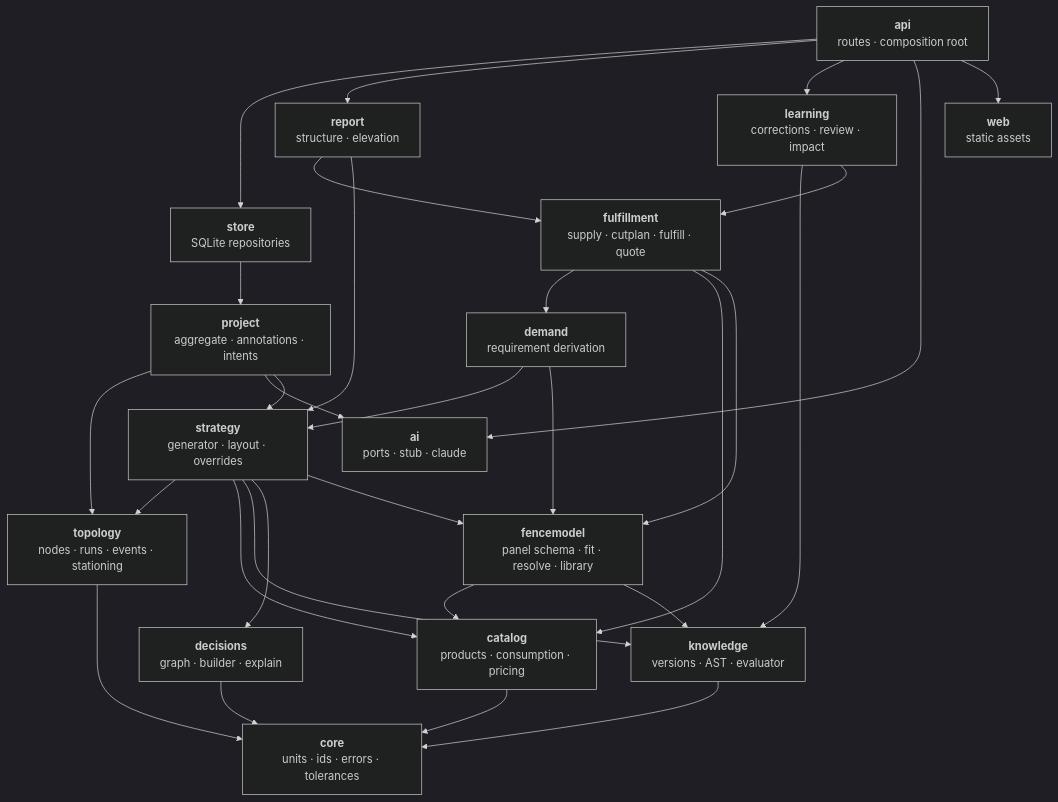
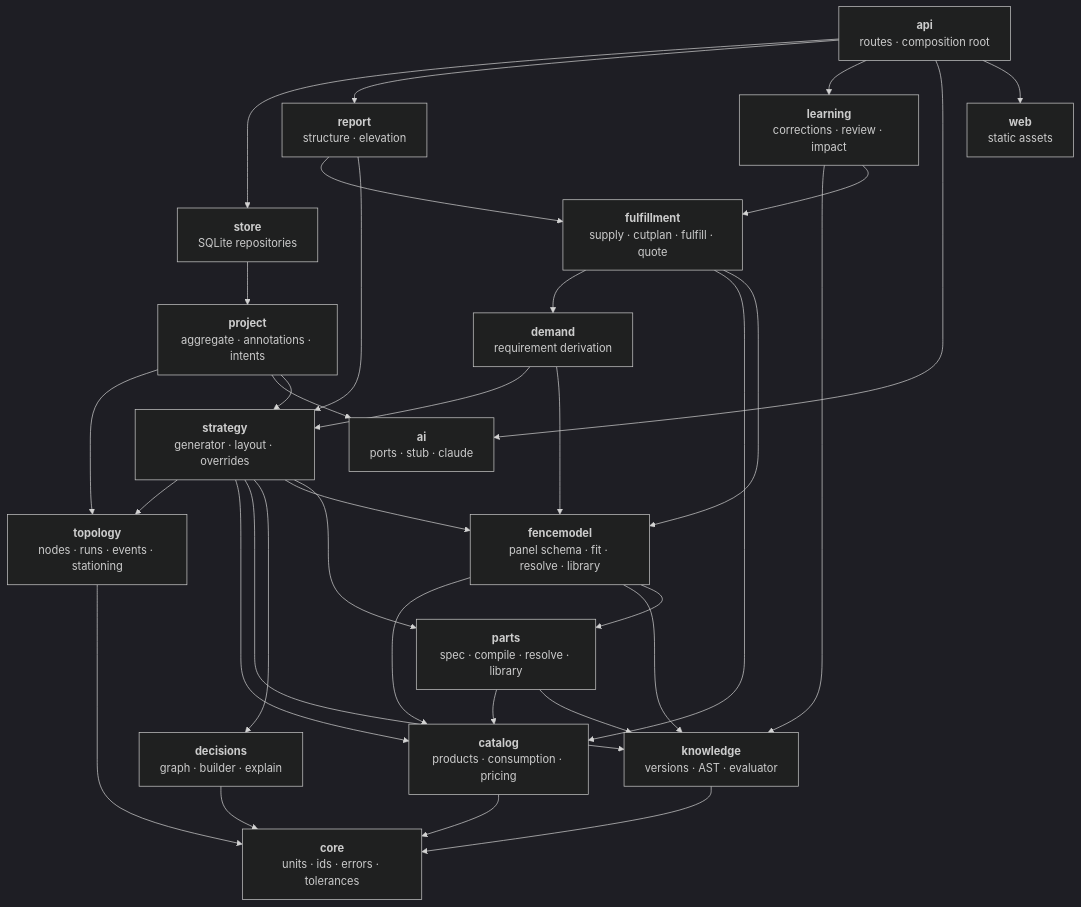
Before and after one commit to spicysauce1955-stack/BOM: the first of 2 diagrams in docs/architecture/01-domains.md, drawn with Mermaid (dark theme). The commit also changed other lines of this file and 3 other files, not shown here.

````diff
--- a/docs/architecture/01-domains.md
+++ b/docs/architecture/01-domains.md
@@ -19,53 +19,58 @@
 ```mermaid
 flowchart TD
     CORE["<b>core</b><br/>units · ids · errors · tolerances"]
 
     TOP["<b>topology</b><br/>nodes · runs · events · stationing"]
     CAT["<b>catalog</b><br/>products · consumption · pricing"]
     KNO["<b>knowledge</b><br/>versions · AST · evaluator"]
     DEC["<b>decisions</b><br/>graph · builder · explain"]
 
     FM["<b>fencemodel</b><br/>panel schema · fit · resolve · library"]
+    PARTS["<b>parts</b><br/>spec · compile · resolve · library"]
     STR["<b>strategy</b><br/>generator · layout · overrides"]
     DEM["<b>demand</b><br/>requirement derivation"]
     FUL["<b>fulfillment</b><br/>supply · cutplan · fulfill · quote"]
     REP["<b>report</b><br/>structure · elevation"]
 
     PRJ["<b>project</b><br/>aggregate · annotations · intents"]
     LRN["<b>learning</b><br/>corrections · review · impact"]
     AI["<b>ai</b><br/>ports · stub · claude"]
 
     STO["<b>store</b><br/>SQLite repositories"]
     API["<b>api</b><br/>routes · composition root"]
     WEB["<b>web</b><br/>static assets"]
 
     TOP --> CORE
     CAT --> CORE
     KNO --> CORE
     DEC --> CORE
     FM --> CAT
     FM --> KNO
+    FM --> PARTS
+    PARTS --> CAT
+    PARTS --> KNO
     STR --> TOP
     STR --> CAT
     STR --> KNO
     STR --> DEC
     STR --> FM
+    STR --> PARTS
     DEM --> STR
     DEM --> FM
     FUL --> DEM
     FUL --> CAT
     FUL --> FM
     REP --> FUL
     REP --> STR
     PRJ --> TOP
     PRJ --> AI
     PRJ --> STR
     LRN --> KNO
     LRN --> FUL
     STO --> PRJ
     API --> STO
     API --> REP
     API --> LRN
     API --> AI
     API --> WEB
 ```
````
